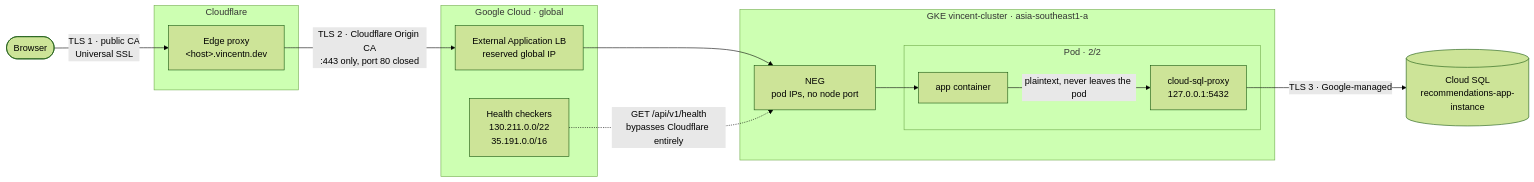
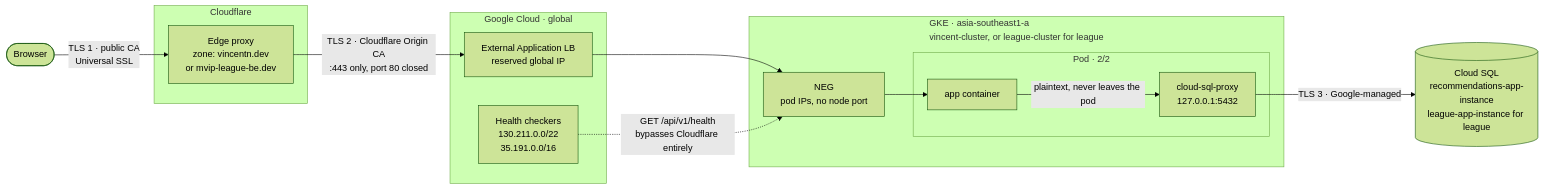
One commit to mini-apps-org/cloud-infrastructure changed the diagram in docs/edge-architecture.md. Above: the diagram before and after it, drawn with Mermaid (forest theme). The commit also changed other lines of this file and 12 other files, not shown here.

Commit message:
feat(league-service): update new config for gke cluster

````diff
--- a/docs/edge-architecture.md
+++ b/docs/edge-architecture.md
@@ -6,30 +10,30 @@
 ```mermaid
 flowchart LR
     B(["Browser"])
 
     subgraph CF["Cloudflare"]
-        E["Edge proxy<br/>&lt;host&gt;.vincentn.dev"]
+        E["Edge proxy<br/>zone: vincentn.dev<br/>or mvip-league-be.dev"]
     end
 
     subgraph GCP["Google Cloud · global"]
         LB["External Application LB<br/>reserved global IP"]
         HC["Health checkers<br/>130.211.0.0/22<br/>35.191.0.0/16"]
     end
 
-    subgraph GKE["GKE vincent-cluster · asia-southeast1-a"]
+    subgraph GKE["GKE · asia-southeast1-a<br/>vincent-cluster, or league-cluster for league"]
         NEG["NEG<br/>pod IPs, no node port"]
         subgraph POD["Pod · 2/2"]
             APP["app container"]
             PX["cloud-sql-proxy<br/>127.0.0.1:5432"]
         end
     end
 
-    SQL[("Cloud SQL<br/>recommendations-app-instance")]
+    SQL[("Cloud SQL<br/>recommendations-app-instance<br/>league-app-instance for league")]
 
     B -- "TLS 1 · public CA<br/>Universal SSL" --> E
     E -- "TLS 2 · Cloudflare Origin CA<br/>:443 only, port 80 closed" --> LB
     LB --> NEG --> APP
     HC -. "GET /api/v1/health<br/>bypasses Cloudflare entirely" .-> NEG
     APP -- "plaintext, never leaves the pod" --> PX
     PX -- "TLS 3 · Google-managed" --> SQL
 ```
````
